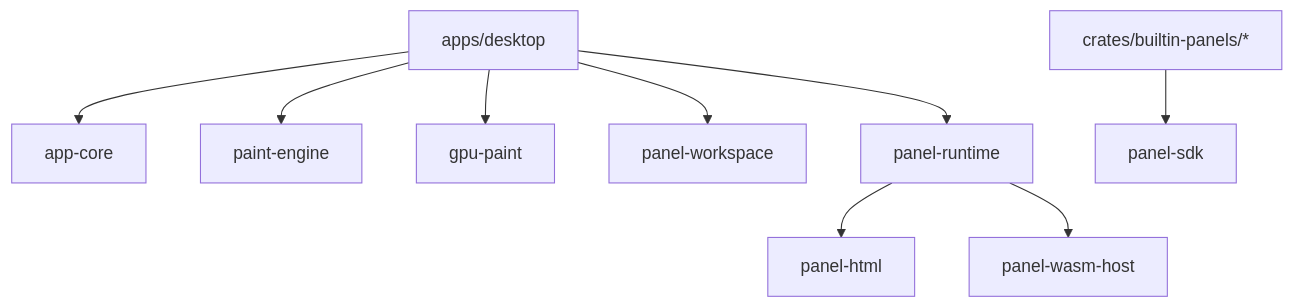
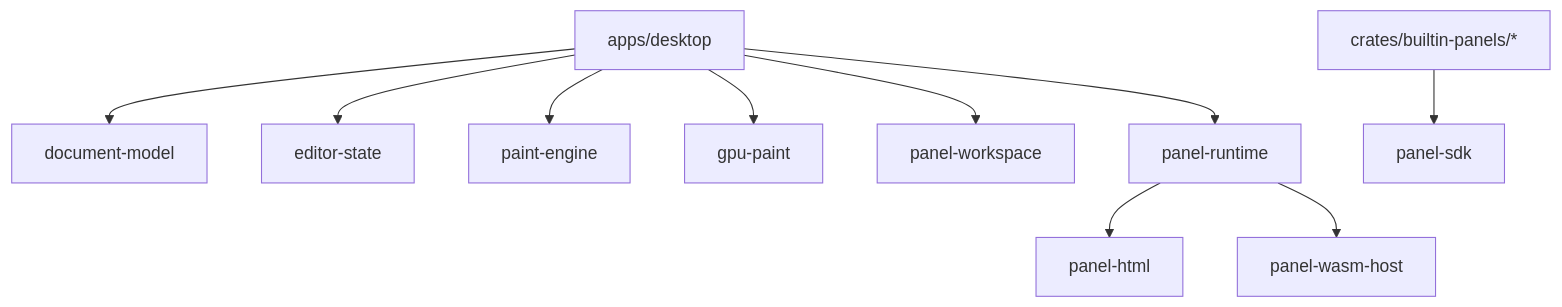
Before and after one commit to gitdmnt/altpaint: the second of 2 diagrams in docs/MODULE_DEPENDENCIES.md, drawn with Mermaid. The commit also changed other lines of this file and 3 other files, not shown here.

````diff
--- a/docs/MODULE_DEPENDENCIES.md
+++ b/docs/MODULE_DEPENDENCIES.md
@@ -136,11 +174,12 @@
 ```mermaid
 graph TD
-  desktop[apps/desktop] --> appcore[app-core]
+  desktop[apps/desktop] --> docmodel[document-model]
+  desktop --> editorstate[editor-state]
   desktop --> paintengine[paint-engine]
   desktop --> gpupaint[gpu-paint]
   desktop --> panelws[panel-workspace]
   desktop --> panelruntime[panel-runtime]
   panelruntime --> phtml[panel-html]
   panelruntime --> wasmhost[panel-wasm-host]
   panels[crates/builtin-panels/*] --> panelsdk[panel-sdk]
 ```
````
